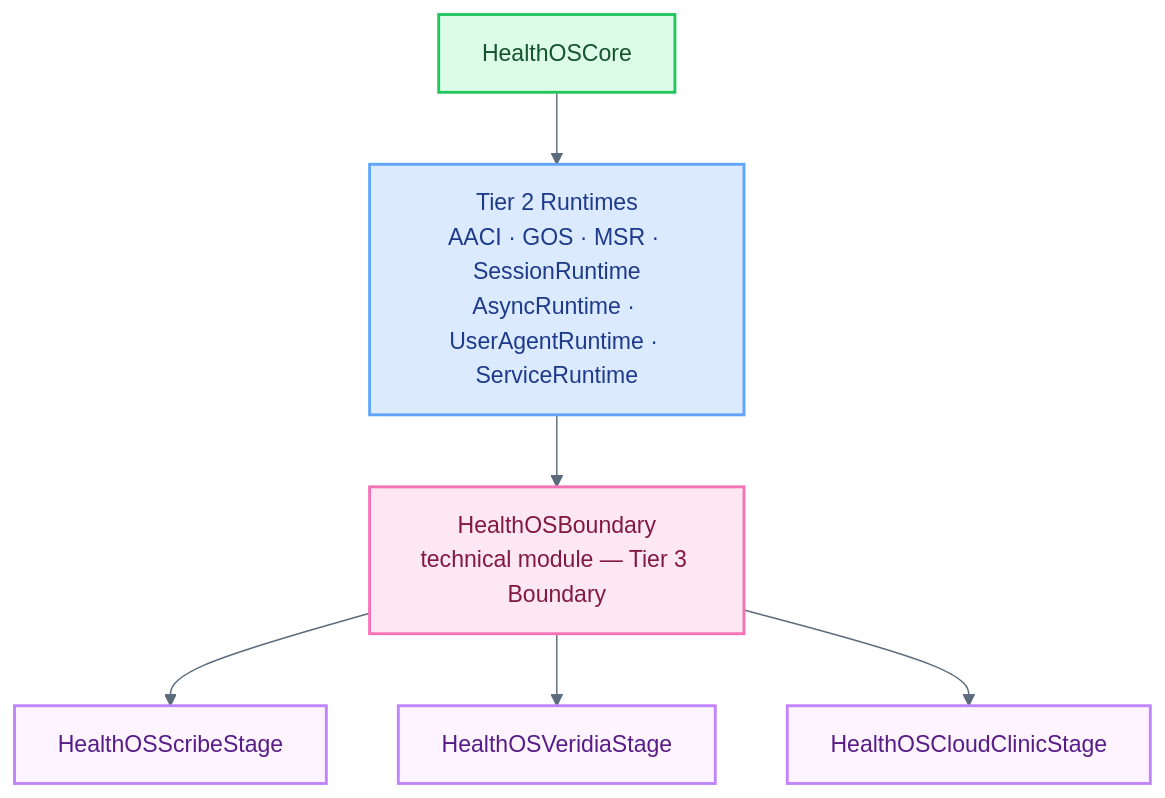
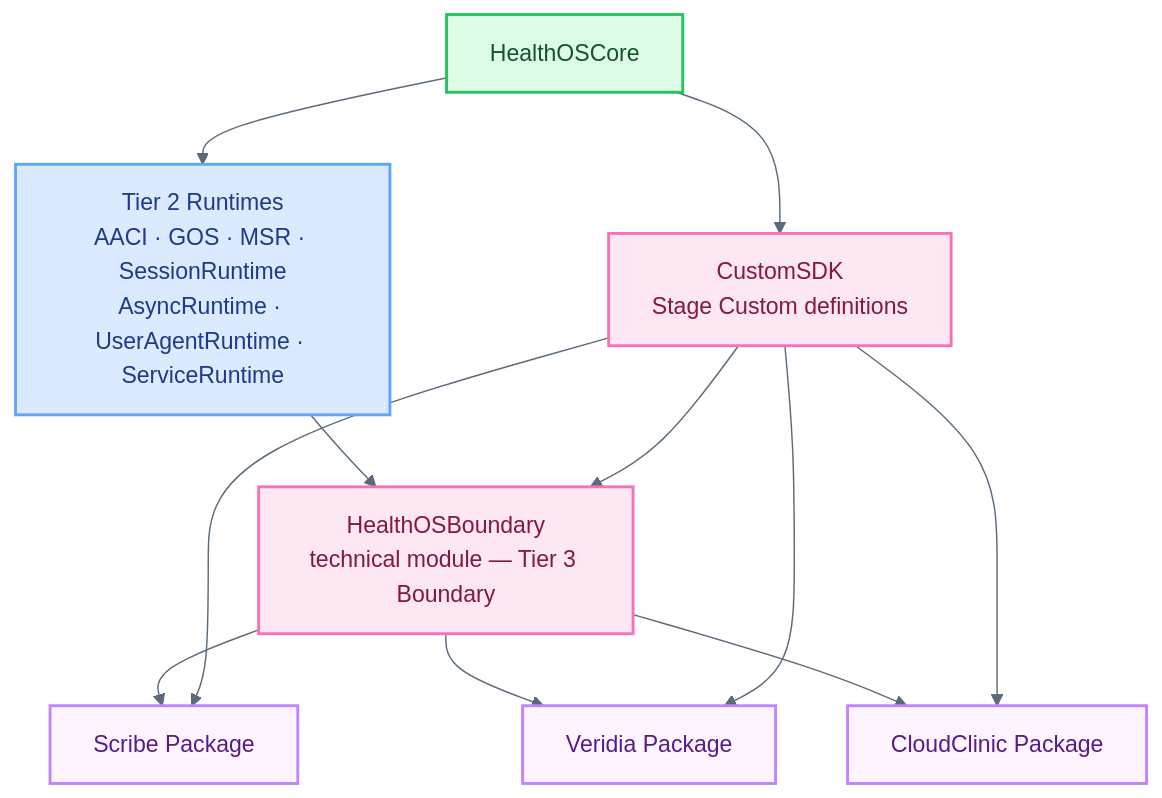
Before and after one commit to myselfgus/HealthOScaffold: the diagram in HealthOS/Tier3-Custom-Boundary/Sources/HealthOSBoundary/README.md, drawn with Mermaid. The commit also changed other lines of this file and 130 other files, not shown here.

Commit message:
refactor: split stage packages and add custom sdk

````diff
--- a/HealthOS/Tier3-Custom-Boundary/Sources/HealthOSBoundary/README.md
+++ b/HealthOS/Tier3-Custom-Boundary/Sources/HealthOSBoundary/README.md
@@ -9,21 +9,24 @@
 ```mermaid
 %%{init: {'theme': 'base', 'themeVariables': {'primaryColor': '#F6F8FB', 'primaryBorderColor': '#D6DEE8', 'primaryTextColor': '#1D2733', 'clusterBkg': '#FFFFFF', 'clusterBorder': '#D6DEE8', 'lineColor': '#5B6B7C', 'edgeLabelBackground': '#F6F8FB', 'fontFamily': 'ui-rounded, -apple-system, BlinkMacSystemFont, sans-serif'}}}%%
 graph TD
     classDef core     fill:#dcfce7,stroke:#22c55e,stroke-width:2px,color:#14532d
     classDef runtime  fill:#dbeafe,stroke:#60a5fa,stroke-width:2px,color:#1e3a8a
     classDef boundary fill:#fce7f3,stroke:#f472b6,stroke-width:2px,color:#831843
     classDef app      fill:#fdf4ff,stroke:#c084fc,stroke-width:2px,color:#581c87
 
     CORE[HealthOSCore]:::core
     RT["Tier 2 Runtimes\nAACI · GOS · MSR · SessionRuntime\nAsyncRuntime · UserAgentRuntime · ServiceRuntime"]:::runtime
+    CUSTOM[CustomSDK\nStage Custom definitions]:::boundary
     BOUND[HealthOSBoundary\ntechnical module — Tier 3 Boundary]:::boundary
-    SCRIBE[HealthOSScribeStage]:::app
-    VERIDIA[HealthOSVeridiaStage]:::app
-    CC[HealthOSCloudClinicStage]:::app
+    SCRIBE[Scribe Package]:::app
+    VERIDIA[Veridia Package]:::app
+    CC[CloudClinic Package]:::app
 
     CORE --> RT
+    CORE --> CUSTOM
     RT --> BOUND
-    BOUND --> SCRIBE
-    BOUND --> VERIDIA
-    BOUND --> CC
+    CUSTOM --> BOUND
+    BOUND & CUSTOM --> SCRIBE
+    BOUND & CUSTOM --> VERIDIA
+    BOUND & CUSTOM --> CC
 ```
````
